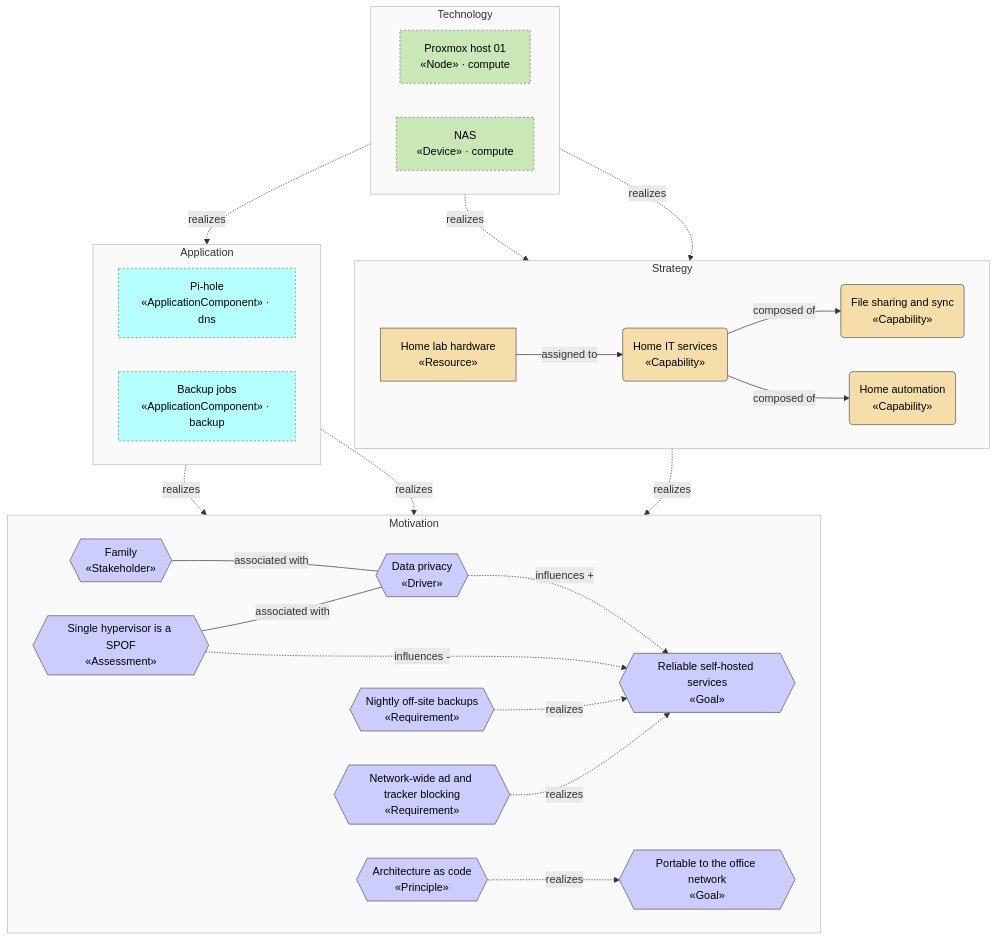
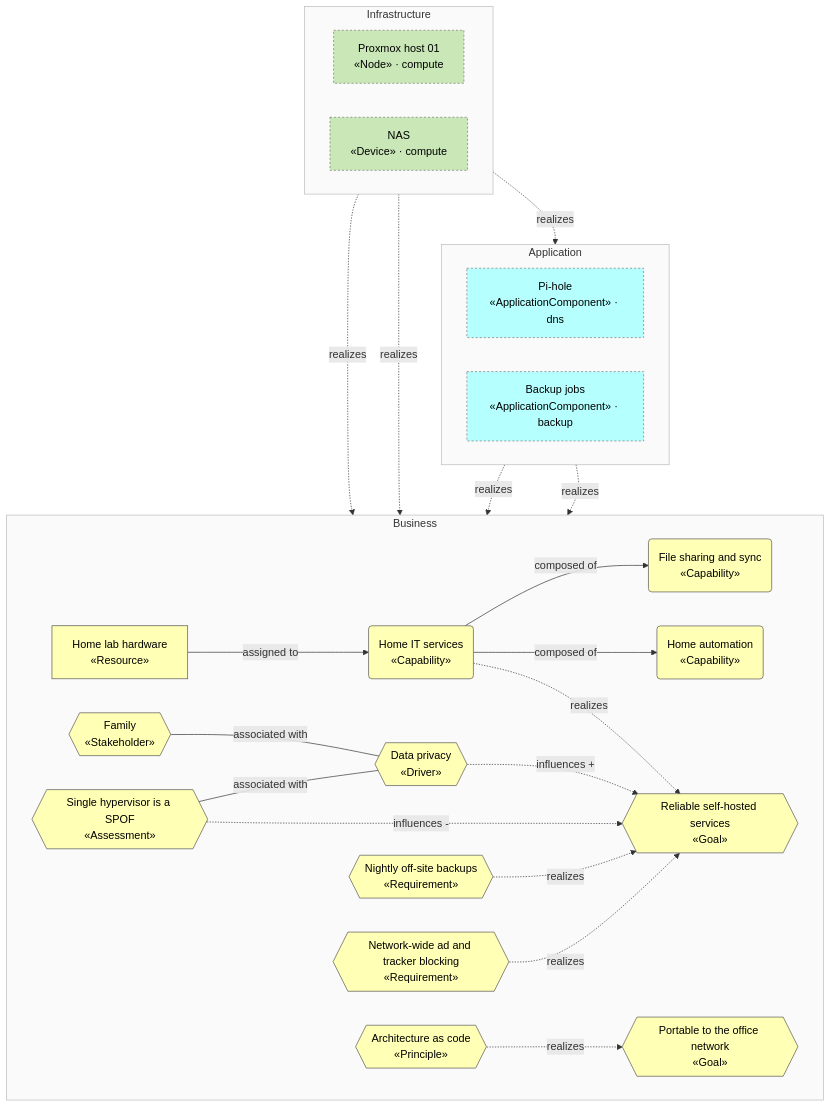
The diagram in docs/enterprise/view-motivation.md (b-zig/a4m), drawn with Mermaid before and after one commit. The commit also changed other lines of this file and 83 other files, not shown here.

````diff
--- a/docs/enterprise/view-motivation.md
+++ b/docs/enterprise/view-motivation.md
@@ -8,61 +8,55 @@
 ```mermaid
 flowchart TB
-  subgraph layer_motivation["Motivation"]
+  subgraph layer_business["Business"]
     direction LR
-    mot_family{{"Family<br/>«Stakeholder»"}}
-    mot_drv_privacy{{"Data privacy<br/>«Driver»"}}
-    mot_asm_single_host{{"Single hypervisor is a SPOF<br/>«Assessment»"}}
-    mot_goal_reliable{{"Reliable self-hosted services<br/>«Goal»"}}
-    mot_goal_portable{{"Portable to the office network<br/>«Goal»"}}
-    mot_pri_as_code{{"Architecture as code<br/>«Principle»"}}
-    mot_req_backup{{"Nightly off-site backups<br/>«Requirement»"}}
-    mot_req_dns_filter{{"Network-wide ad and tracker blocking<br/>«Requirement»"}}
-  end
-  subgraph layer_strategy["Strategy"]
-    direction LR
-    str_cap_home_it("Home IT services<br/>«Capability»")
-    str_cap_file_sharing("File sharing and sync<br/>«Capability»")
-    str_cap_home_automation("Home automation<br/>«Capability»")
-    str_res_hardware["Home lab hardware<br/>«Resource»"]
+    bus_stk_family{{"Family<br/>«Stakeholder»"}}
+    bus_drv_privacy{{"Data privacy<br/>«Driver»"}}
+    bus_asm_single_host{{"Single hypervisor is a SPOF<br/>«Assessment»"}}
+    bus_goal_reliable{{"Reliable self-hosted services<br/>«Goal»"}}
+    bus_goal_portable{{"Portable to the office network<br/>«Goal»"}}
+    bus_pri_as_code{{"Architecture as code<br/>«Principle»"}}
+    bus_req_backup{{"Nightly off-site backups<br/>«Requirement»"}}
+    bus_req_dns_filter{{"Network-wide ad and tracker blocking<br/>«Requirement»"}}
+    bus_cap_home_it("Home IT services<br/>«Capability»")
+    bus_cap_file_sharing("File sharing and sync<br/>«Capability»")
+    bus_cap_home_automation("Home automation<br/>«Capability»")
+    bus_res_hardware["Home lab hardware<br/>«Resource»"]
   end
   subgraph layer_application["Application"]
     direction LR
     dns__app_pihole["Pi-hole<br/>«ApplicationComponent» · dns"]
     backup__app_backup["Backup jobs<br/>«ApplicationComponent» · backup"]
   end
-  subgraph layer_technology["Technology"]
+  subgraph layer_infrastructure["Infrastructure"]
     direction LR
-    compute__tech_pve_01["Proxmox host 01<br/>«Node» · compute"]
-    compute__tech_nas["NAS<br/>«Device» · compute"]
+    compute__infra_pve_01["Proxmox host 01<br/>«Node» · compute"]
+    compute__infra_nas["NAS<br/>«Device» · compute"]
   end
-  mot_family ---|"associated with"| mot_drv_privacy
-  mot_drv_privacy -.->|"influences +"| mot_goal_reliable
-  mot_asm_single_host ---|"associated with"| mot_drv_privacy
-  mot_asm_single_host -.->|"influences -"| mot_goal_reliable
-  mot_pri_as_code -.->|"realizes"| mot_goal_portable
-  mot_req_backup -.->|"realizes"| mot_goal_reliable
-  mot_req_dns_filter -.->|"realizes"| mot_goal_reliable
-  str_cap_home_it -->|"composed of"| str_cap_file_sharing
-  str_cap_home_it -->|"composed of"| str_cap_home_automation
-  str_cap_home_it -.->|"realizes"| mot_goal_reliable
-  str_res_hardware -->|"assigned to"| str_cap_home_it
-  backup__app_backup -.->|"realizes"| mot_req_backup
-  compute__tech_nas -.->|"realizes"| backup__app_backup
-  compute__tech_pve_01 -.->|"realizes"| str_res_hardware
-  compute__tech_nas -.->|"realizes"| str_res_hardware
-  dns__app_pihole -.->|"realizes"| mot_req_dns_filter
-  classDef motivation fill:#CCCCFF,stroke:#555,color:#000
-  class mot_family,mot_drv_privacy,mot_asm_single_host,mot_goal_reliable,mot_goal_portable,mot_pri_as_code,mot_req_backup,mot_req_dns_filter motivation
-  style layer_motivation fill:#fafafa,stroke:#bbb
-  classDef strategy fill:#F5DEAA,stroke:#555,color:#000
-  class str_cap_home_it,str_cap_file_sharing,str_cap_home_automation,str_res_hardware strategy
-  style layer_strategy fill:#fafafa,stroke:#bbb
+  bus_cap_home_it -->|"composed of"| bus_cap_file_sharing
+  bus_cap_home_it -->|"composed of"| bus_cap_home_automation
+  bus_cap_home_it -.->|"realizes"| bus_goal_reliable
+  bus_res_hardware -->|"assigned to"| bus_cap_home_it
+  bus_stk_family ---|"associated with"| bus_drv_privacy
+  bus_drv_privacy -.->|"influences +"| bus_goal_reliable
+  bus_asm_single_host ---|"associated with"| bus_drv_privacy
+  bus_asm_single_host -.->|"influences -"| bus_goal_reliable
+  bus_pri_as_code -.->|"realizes"| bus_goal_portable
+  bus_req_backup -.->|"realizes"| bus_goal_reliable
+  bus_req_dns_filter -.->|"realizes"| bus_goal_reliable
+  backup__app_backup -.->|"realizes"| bus_req_backup
+  compute__infra_nas -.->|"realizes"| backup__app_backup
+  compute__infra_pve_01 -.->|"realizes"| bus_res_hardware
+  compute__infra_nas -.->|"realizes"| bus_res_hardware
+  dns__app_pihole -.->|"realizes"| bus_req_dns_filter
+  classDef business fill:#FFFFB5,stroke:#555,color:#000
+  class bus_stk_family,bus_drv_privacy,bus_asm_single_host,bus_goal_reliable,bus_goal_portable,bus_pri_as_code,bus_req_backup,bus_req_dns_filter,bus_cap_home_it,bus_cap_file_sharing,bus_cap_home_automation,bus_res_hardware business
+  style layer_business fill:#fafafa,stroke:#bbb
   classDef application fill:#B5FFFF,stroke:#555,color:#000
   class dns__app_pihole,backup__app_backup application
   style layer_application fill:#fafafa,stroke:#bbb
-  classDef technology fill:#C9E7B7,stroke:#555,color:#000
-  class compute__tech_pve_01,compute__tech_nas technology
-  style layer_technology fill:#fafafa,stroke:#bbb
+  classDef infrastructure fill:#C9E7B7,stroke:#555,color:#000
+  class compute__infra_pve_01,compute__infra_nas infrastructure
+  style layer_infrastructure fill:#fafafa,stroke:#bbb
   classDef foreign stroke:#777,stroke-dasharray:3 3
-  class dns__app_pihole,backup__app_backup,compute__tech_pve_01,compute__tech_nas foreign
+  class dns__app_pihole,backup__app_backup,compute__infra_pve_01,compute__infra_nas foreign
 ```
````
